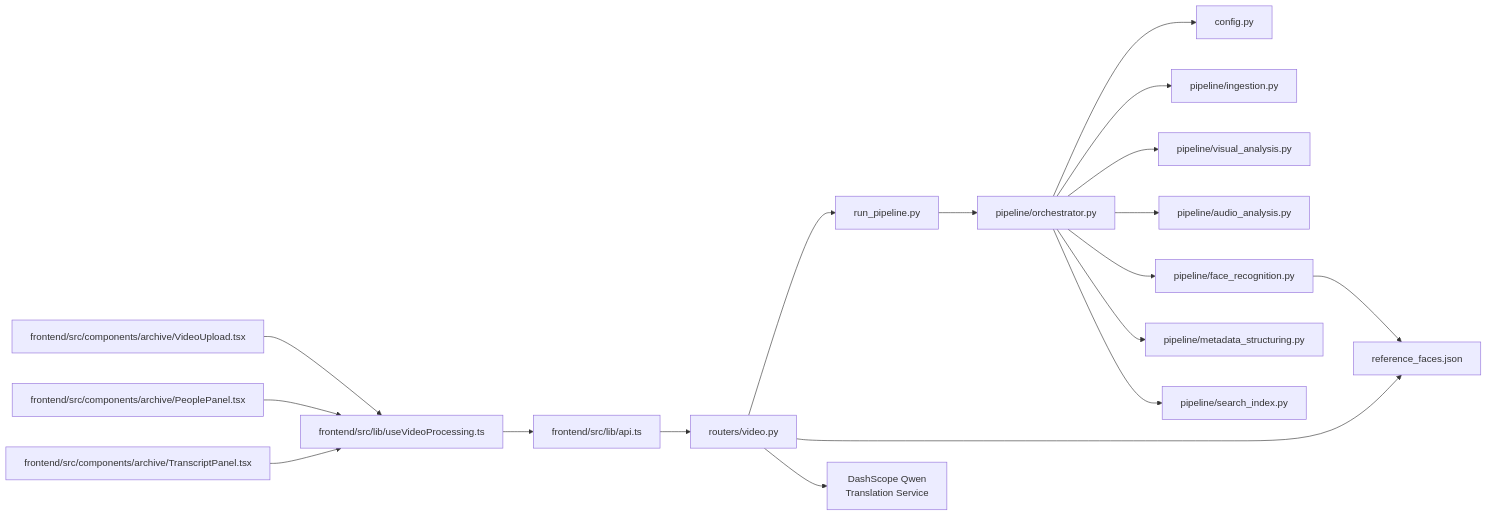
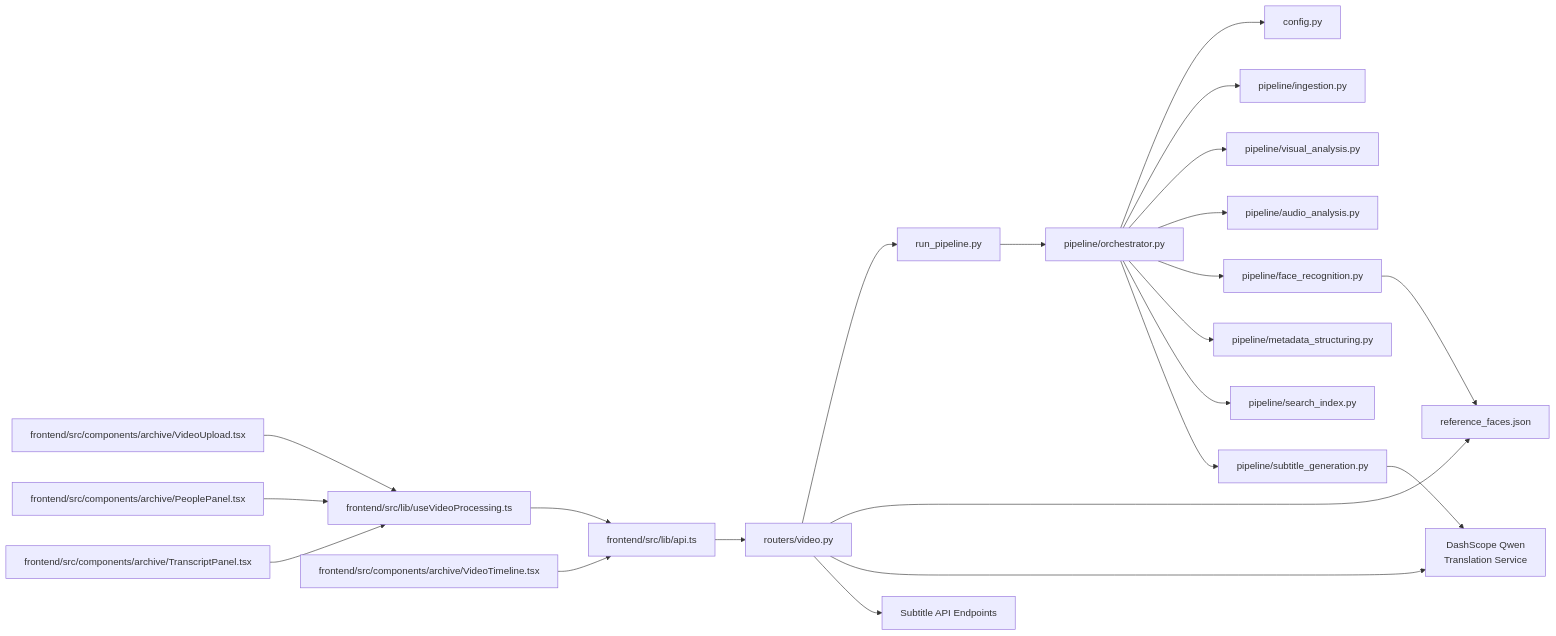
One commit to alexandreybasta-cyber/dubai-media-ai changed the third of 3 diagrams in .qoder/repowiki/en/content/Backend API Reference/Video Processing Endpoints.md. Above: the diagram before and after it, drawn with Mermaid. The commit also changed other lines of this file and 23 other files, not shown here.

````diff
--- a/.qoder/repowiki/en/content/Backend API Reference/Video Processing Endpoints.md
+++ b/.qoder/repowiki/en/content/Backend API Reference/Video Processing Endpoints.md
@@ -809,20 +891,24 @@
 ```mermaid
 graph LR
 Router["routers/video.py"] --> Runner["run_pipeline.py"]
 Router --> RefDB["reference_faces.json"]
 Router --> DashScope["DashScope Qwen<br/>Translation Service"]
+Router --> SubtitleAPI["Subtitle API Endpoints"]
 Runner --> Orchestrator["pipeline/orchestrator.py"]
 Orchestrator --> Config["config.py"]
 Orchestrator --> Ingestion["pipeline/ingestion.py"]
 Orchestrator --> Visual["pipeline/visual_analysis.py"]
 Orchestrator --> Audio["pipeline/audio_analysis.py"]
 Orchestrator --> Face["pipeline/face_recognition.py"]
 Orchestrator --> Metadata["pipeline/metadata_structuring.py"]
 Orchestrator --> SearchIndex["pipeline/search_index.py"]
+Orchestrator --> SubtitleGen["pipeline/subtitle_generation.py"]
 Face --> RefDB
+SubtitleGen --> DashScope
 FrontendAPI["frontend/src/lib/api.ts"] --> Router
 FrontendHook["frontend/src/lib/useVideoProcessing.ts"] --> FrontendAPI
 FrontendUpload["frontend/src/components/archive/VideoUpload.tsx"] --> FrontendHook
 FrontendPeople["frontend/src/components/archive/PeoplePanel.tsx"] --> FrontendHook
 FrontendTranscript["frontend/src/components/archive/TranscriptPanel.tsx"] --> FrontendHook
+FrontendTimeline["frontend/src/components/archive/VideoTimeline.tsx"] --> FrontendAPI
 ```
````
